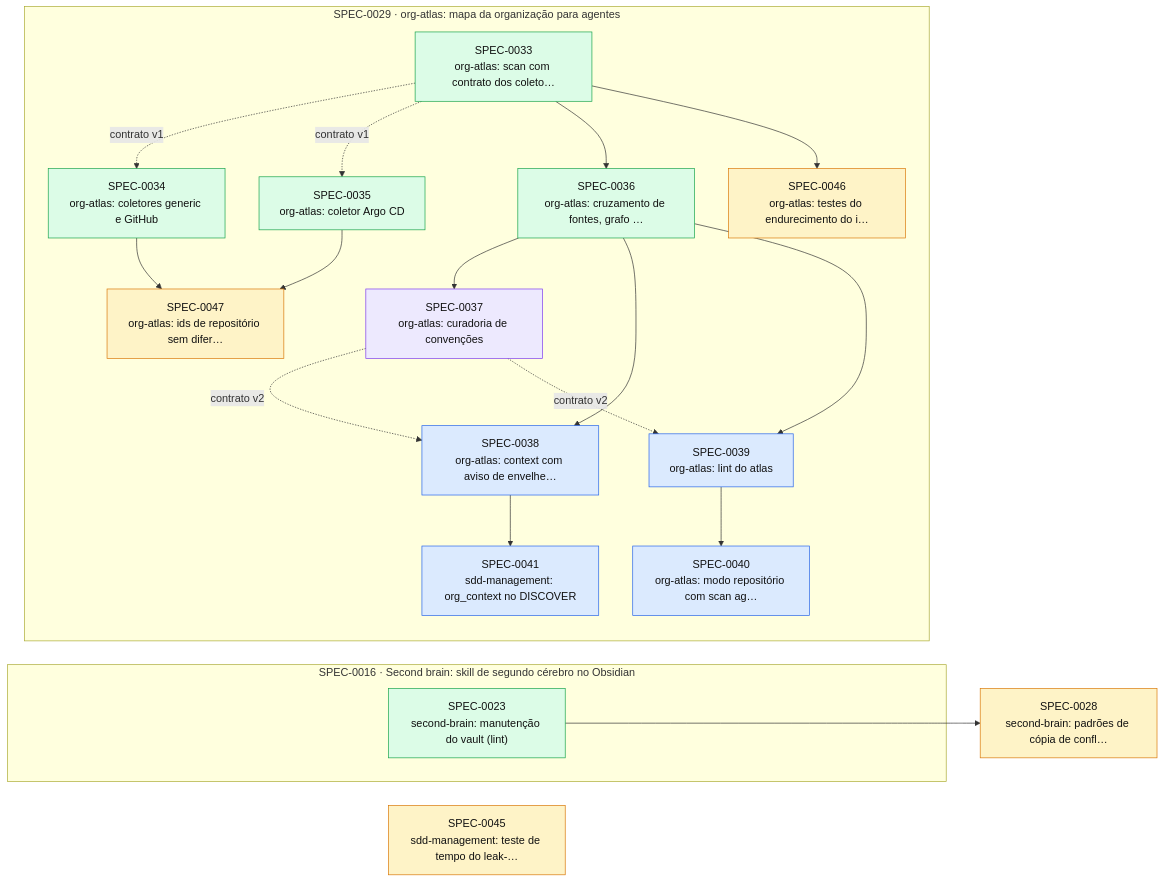
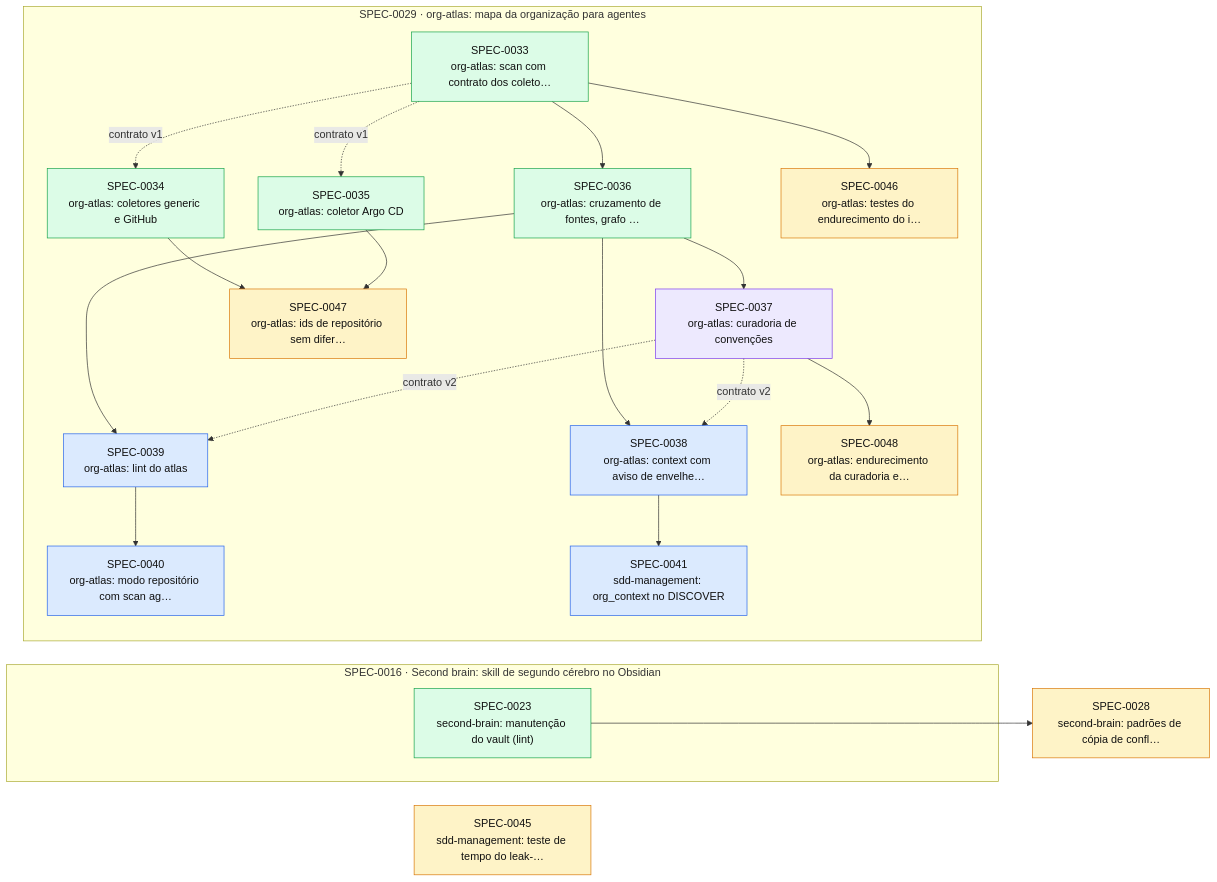
One commit to thomasravache/ai-dev-brain changed the diagram in docs/specs/INDEX.md. Above: the diagram before and after it, drawn with Mermaid. The commit also changed other lines of this file and 2 other files, not shown here.

First line of the commit message:
docs(specs): SPEC-0048 proposta (pendências do G4 da SPEC-0037)

````diff
--- a/docs/specs/INDEX.md
+++ b/docs/specs/INDEX.md
@@ -56,40 +57,42 @@
 ```mermaid
 flowchart LR
   S0028["SPEC-0028<br/>second-brain: padrões de cópia de confl…"]:::proposed
   S0045["SPEC-0045<br/>sdd-management: teste de tempo do leak-…"]:::proposed
   subgraph E0016["SPEC-0016 · Second brain: skill de segundo cérebro no Obsidian"]
     S0023["SPEC-0023<br/>second-brain: manutenção do vault (lint)"]:::implemented
   end
   subgraph E0029["SPEC-0029 · org-atlas: mapa da organização para agentes"]
     S0033["SPEC-0033<br/>org-atlas: scan com contrato dos coleto…"]:::implemented
     S0034["SPEC-0034<br/>org-atlas: coletores generic e GitHub"]:::implemented
     S0035["SPEC-0035<br/>org-atlas: coletor Argo CD"]:::implemented
     S0036["SPEC-0036<br/>org-atlas: cruzamento de fontes, grafo …"]:::implemented
     S0037["SPEC-0037<br/>org-atlas: curadoria de convenções"]:::inprogress
     S0038["SPEC-0038<br/>org-atlas: context com aviso de envelhe…"]:::approved
     S0039["SPEC-0039<br/>org-atlas: lint do atlas"]:::approved
     S0040["SPEC-0040<br/>org-atlas: modo repositório com scan ag…"]:::approved
     S0041["SPEC-0041<br/>sdd-management: org_context no DISCOVER"]:::approved
     S0046["SPEC-0046<br/>org-atlas: testes do endurecimento do i…"]:::proposed
     S0047["SPEC-0047<br/>org-atlas: ids de repositório sem difer…"]:::proposed
+    S0048["SPEC-0048<br/>org-atlas: endurecimento da curadoria e…"]:::proposed
   end
   S0023 --> S0028
   S0033 -. contrato v1 .-> S0034
   S0033 -. contrato v1 .-> S0035
   S0033 --> S0036
   S0036 --> S0037
   S0036 --> S0038
   S0037 -. contrato v2 .-> S0038
   S0036 --> S0039
   S0037 -. contrato v2 .-> S0039
   S0039 --> S0040
   S0038 --> S0041
   S0033 --> S0046
   S0034 --> S0047
   S0035 --> S0047
+  S0037 --> S0048
   classDef proposed fill:#fef3c7,stroke:#d97706,color:#111
   classDef approved fill:#dbeafe,stroke:#2563eb,color:#111
   classDef inprogress fill:#ede9fe,stroke:#7c3aed,color:#111
   classDef implemented fill:#dcfce7,stroke:#16a34a,color:#111
   classDef deprecated fill:#f3f4f6,stroke:#9ca3af,color:#6b7280
 ```
````
